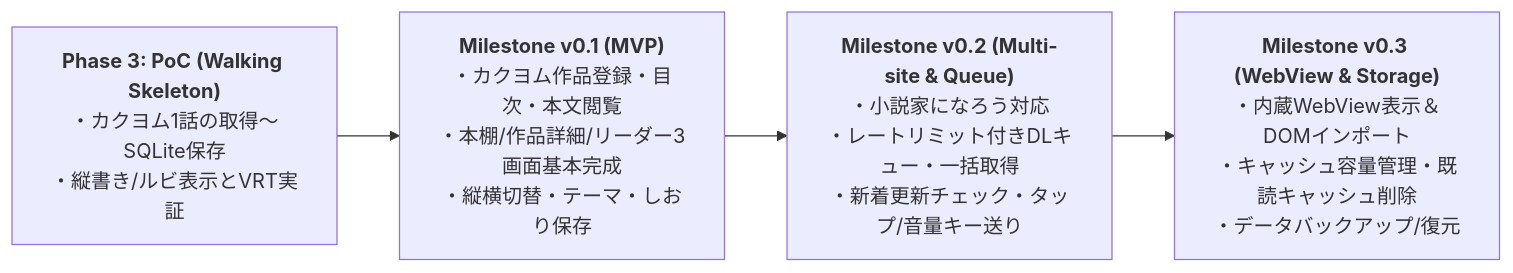
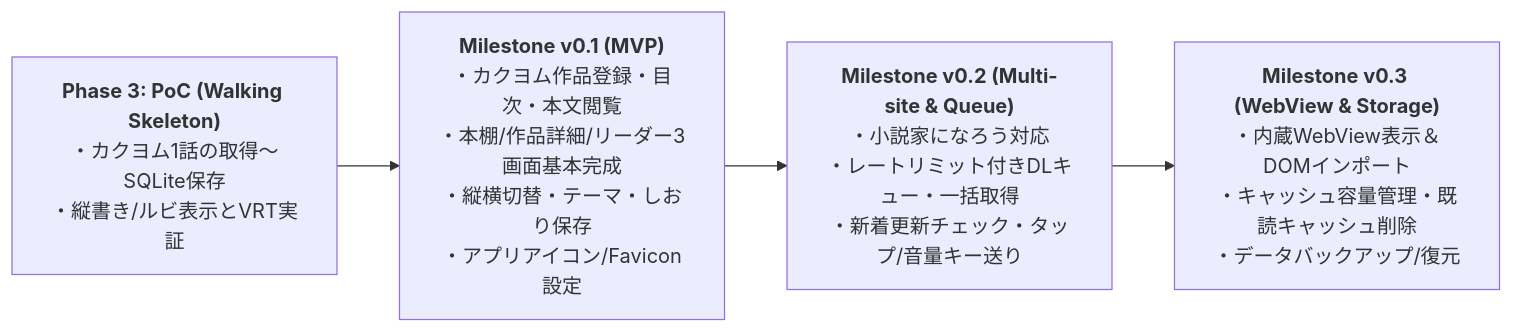
The diagram in docs/specs/requirements.md (high-soar/Yommy), drawn with Mermaid before and after one commit. The commit also changed other lines of this file and 4 other files, not shown here.

````diff
--- a/docs/specs/requirements.md
+++ b/docs/specs/requirements.md
@@ -82,9 +89,9 @@
 ```mermaid
 flowchart LR
     PoC["<b>Phase 3: PoC (Walking Skeleton)</b><br>・カクヨム1話の取得〜SQLite保存<br>・縦書き/ルビ表示とVRT実証"]
-    M1["<b>Milestone v0.1 (MVP)</b><br>・カクヨム作品登録・目次・本文閲覧<br>・本棚/作品詳細/リーダー3画面基本完成<br>・縦横切替・テーマ・しおり保存"]
+    M1["<b>Milestone v0.1 (MVP)</b><br>・カクヨム作品登録・目次・本文閲覧<br>・本棚/作品詳細/リーダー3画面基本完成<br>・縦横切替・テーマ・しおり保存<br>・アプリアイコン/Favicon設定"]
     M2["<b>Milestone v0.2 (Multi-site & Queue)</b><br>・小説家になろう対応<br>・レートリミット付きDLキュー・一括取得<br>・新着更新チェック・タップ/音量キー送り"]
     M3["<b>Milestone v0.3 (WebView & Storage)</b><br>・内蔵WebView表示＆DOMインポート<br>・キャッシュ容量管理・既読キャッシュ削除<br>・データバックアップ/復元"]
 
     PoC --> M1 --> M2 --> M3
 ```
````
